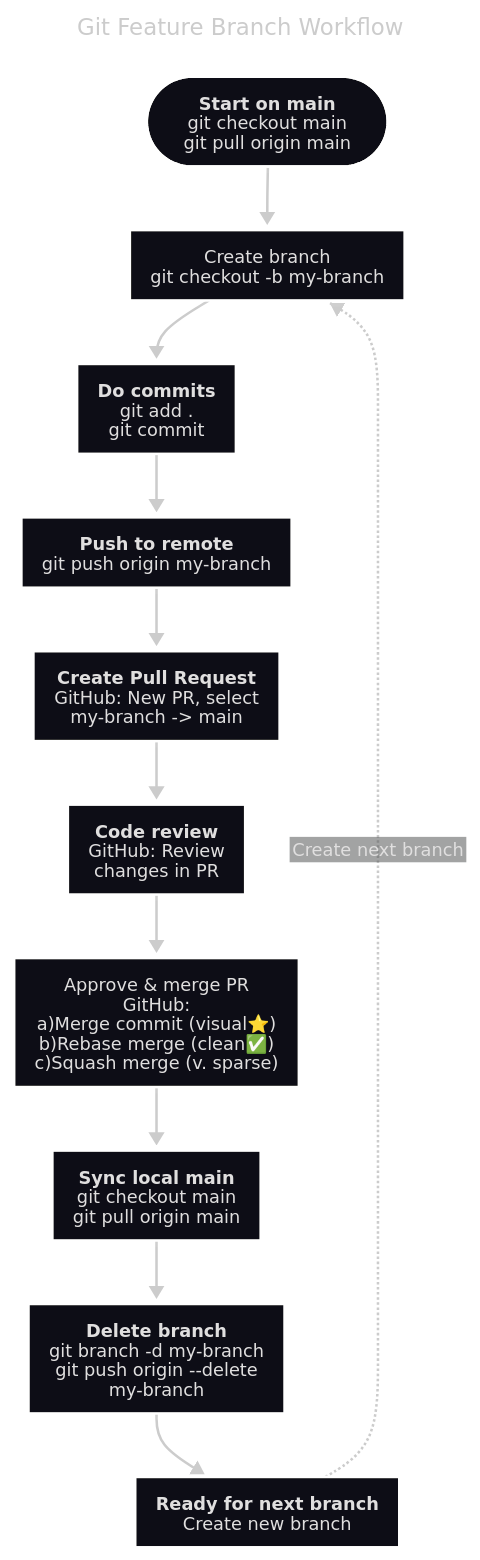
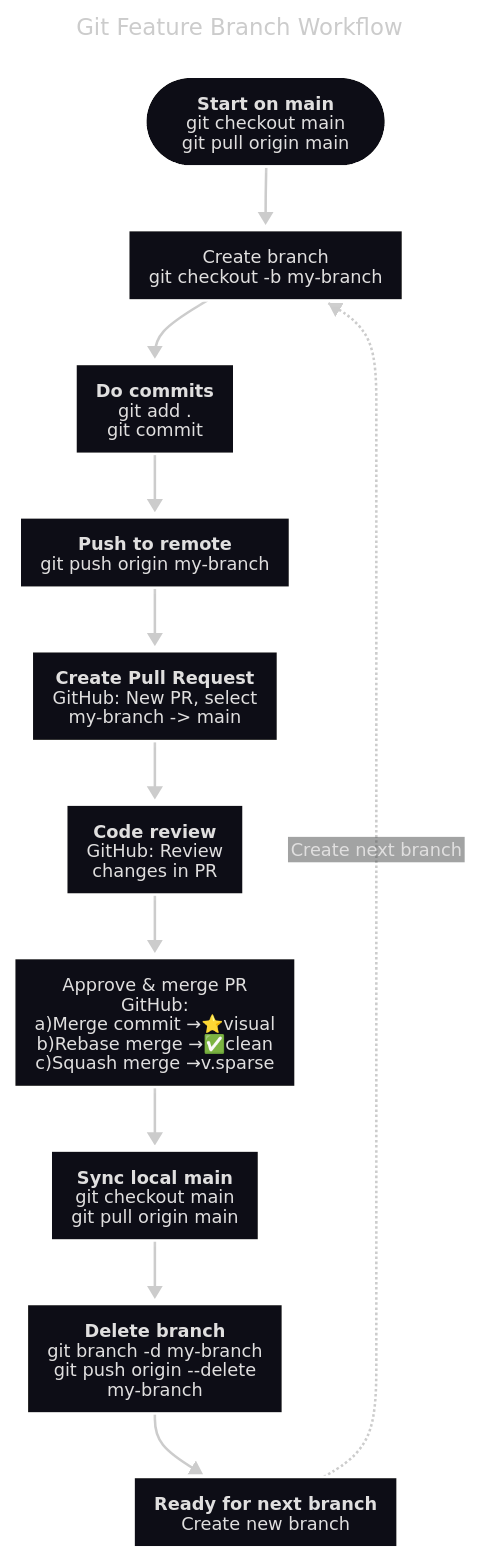
One commit to michellepace/markdown-pretty-app changed the third of 3 diagrams in test-mermaid.md. Above: the diagram before and after it, drawn with Mermaid.

````diff
--- a/test-mermaid.md
+++ b/test-mermaid.md
@@ -53,40 +53,40 @@
 ```mermaid
 ---
 title: Git Feature Branch Workflow
 config:
   look: neo
   layout: dagre
   theme: redux-dark
   htmlLabels: false
 ---
 flowchart TD
     START(["`**Start on main**
     git checkout main
     git pull origin main`"]) --> CREATE["`Create branch
     git checkout -b my-branch`"]
     CREATE --> WORK["`**Do commits**
     git add .
      git commit`"]
     WORK --> PUSH["`**Push to remote**
     git push origin my-branch`"]
     PUSH --> PR["`**Create Pull Request**
     GitHub: New PR, select
     my-branch -> main`"]
     PR --> REVIEW["`**Code review**
     GitHub: Review
     changes in PR`"]
     REVIEW --> APPROVE["`Approve & merge PR
     GitHub:
-    a)Merge commit (visual⭐)
-    b)Rebase merge (clean✅)
-    c)Squash merge (v. sparse)`"]
+    a)Merge commit →⭐visual
+    b)Rebase merge →✅clean
+    c)Squash merge →v.sparse`"]
     APPROVE --> SYNC["`**Sync local main**
     git checkout main
     git pull origin main`"]
     SYNC --> CLEANUP["`**Delete branch**
     git branch -d my-branch
     git push origin --delete my-branch`"]
     CLEANUP --> NEXT["`**Ready for next branch**
     Create new branch`"]
     NEXT -.-> |Create next branch| CREATE
 ```
````
